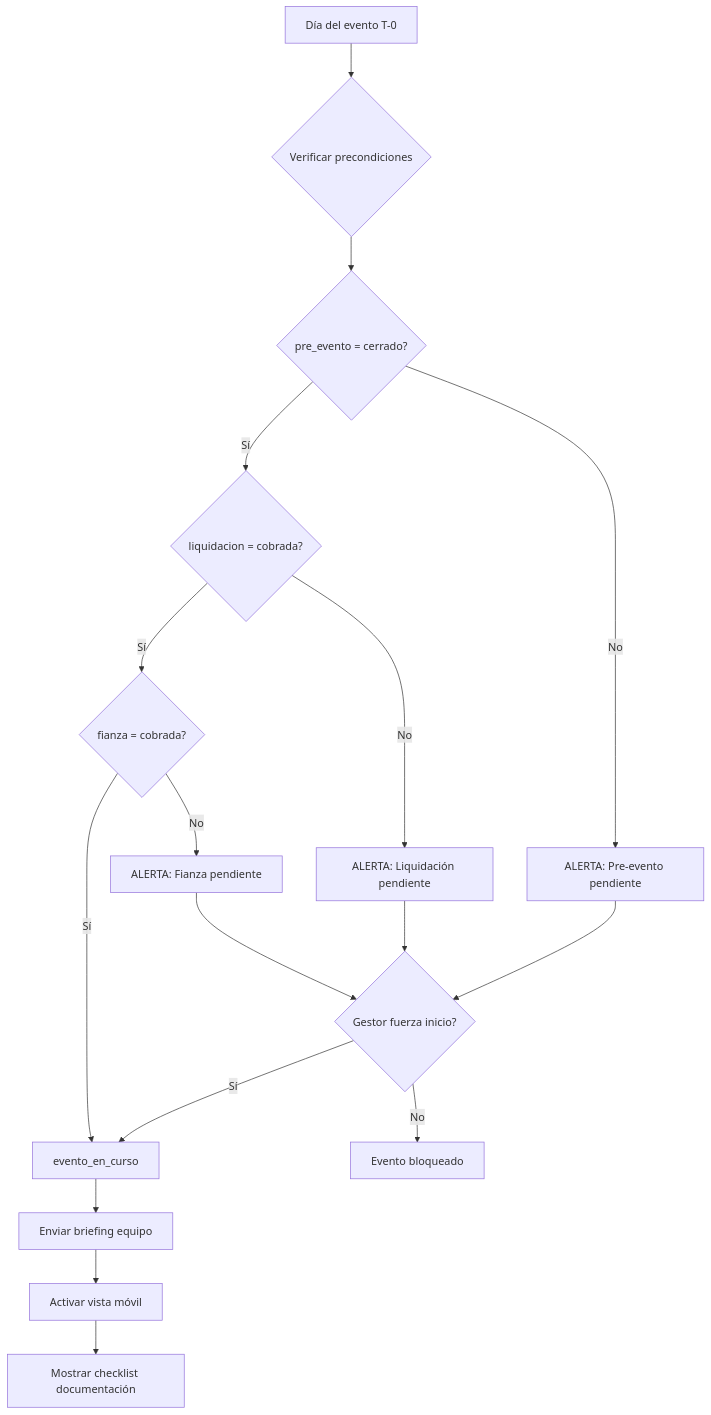
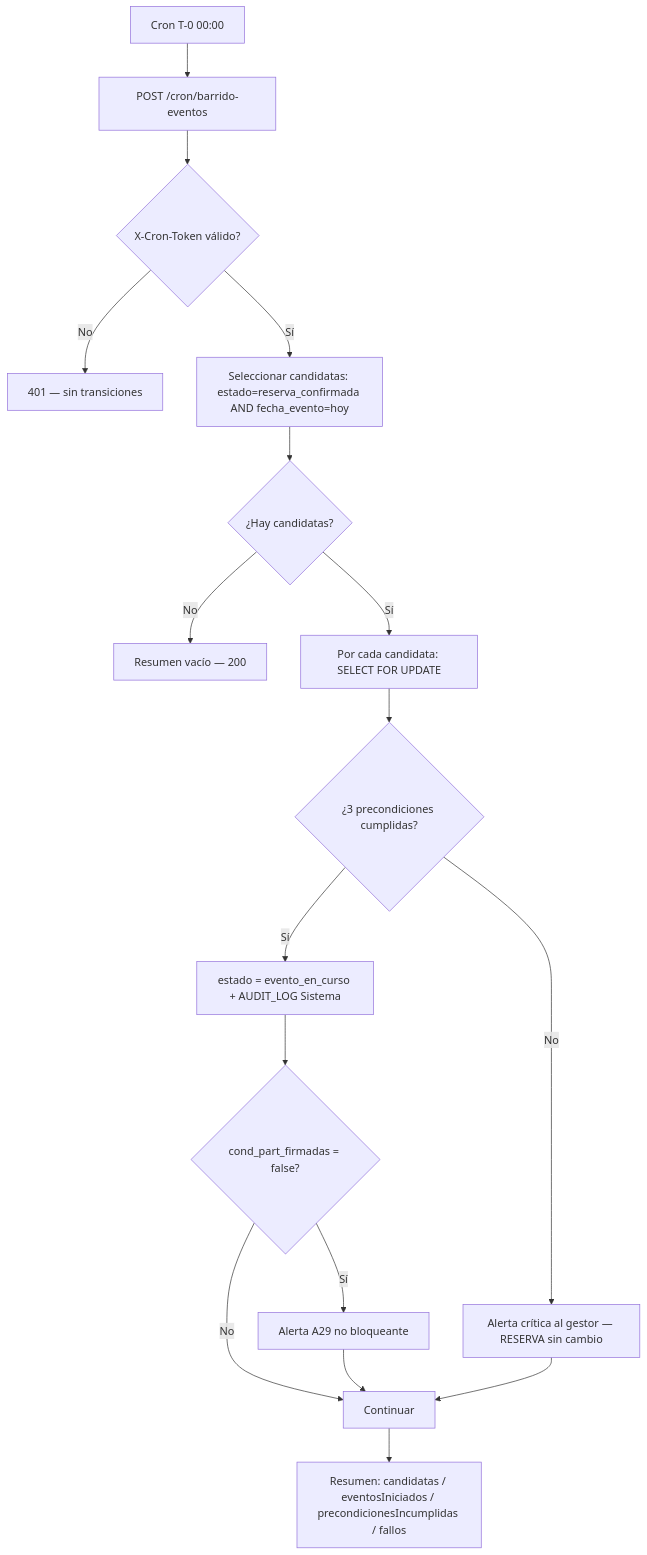
Diagram 15 of 19 in docs/use-cases.md (rvila89/slotify), drawn with Mermaid before and after one commit. The commit also changed other lines of this file and 29 other files, not shown here.

````diff
--- a/docs/use-cases.md
+++ b/docs/use-cases.md
@@ -1308,19 +1313,19 @@
 ```mermaid
 flowchart TD
-    A[Día del evento T-0] --> B{Verificar precondiciones}
-    B --> C{pre_evento = cerrado?}
-    C -->|Sí| D{liquidacion = cobrada?}
-    C -->|No| E[ALERTA: Pre-evento pendiente]
-    D -->|Sí| F{fianza = cobrada?}
-    D -->|No| G[ALERTA: Liquidación pendiente]
-    F -->|Sí| H[evento_en_curso]
-    F -->|No| I[ALERTA: Fianza pendiente]
-    E --> J{Gestor fuerza inicio?}
-    G --> J
-    I --> J
-    J -->|Sí| H
-    J -->|No| K[Evento bloqueado]
-    H --> L[Enviar briefing equipo]
-    L --> M[Activar vista móvil]
-    M --> N[Mostrar checklist documentación]
+    A[Cron T-0 00:00] --> B[POST /cron/barrido-eventos]
+    B --> C{X-Cron-Token válido?}
+    C -->|No| Z[401 — sin transiciones]
+    C -->|Sí| D[Seleccionar candidatas: estado=reserva_confirmada AND fecha_evento=hoy]
+    D --> E{¿Hay candidatas?}
+    E -->|No| F[Resumen vacío — 200]
+    E -->|Sí| G[Por cada candidata: SELECT FOR UPDATE]
+    G --> H{¿3 precondiciones cumplidas?}
+    H -->|Sí| I[estado = evento_en_curso + AUDIT_LOG Sistema]
+    H -->|No| J[Alerta crítica al gestor — RESERVA sin cambio]
+    I --> K{cond_part_firmadas = false?}
+    K -->|Sí| L[Alerta A29 no bloqueante]
+    K -->|No| M[Continuar]
+    L --> M
+    J --> M
+    M --> N[Resumen: candidatas / eventosIniciados / precondicionesIncumplidas / fallos]
 ```
````
